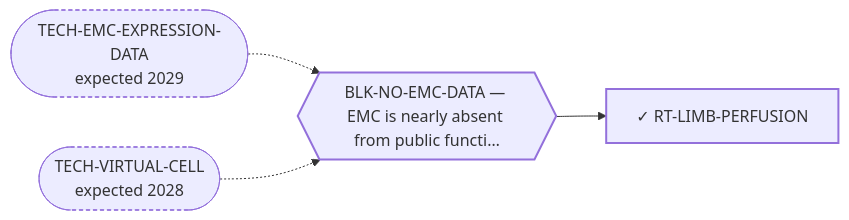
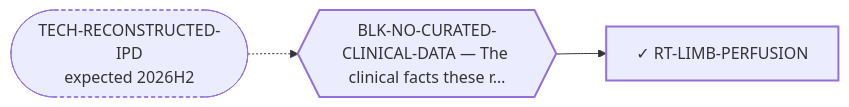
The diagram in systems/views/L2-rt-limb-perfusion.md (trimcrae/Rare-cancers), drawn with Mermaid before and after one commit. The commit also changed other lines of this file and 41 other files, not shown here.

````diff
--- a/systems/views/L2-rt-limb-perfusion.md
+++ b/systems/views/L2-rt-limb-perfusion.md
@@ -27,14 +27,12 @@
 ```mermaid
 flowchart LR
   RT_LIMB_PERFUSION["✓ RT-LIMB-PERFUSION"]:::fam
-  BLK_NO_EMC_DATA{{"BLK-NO-EMC-DATA — EMC is nearly absent from public functi…"}}:::blk
-  BLK_NO_EMC_DATA --> RT_LIMB_PERFUSION
-  TECH_EMC_EXPRESSION_DATA(["TECH-EMC-EXPRESSION-DATA<br/>expected 2029"]):::tech
-  TECH_EMC_EXPRESSION_DATA -.-> BLK_NO_EMC_DATA
-  TECH_VIRTUAL_CELL(["TECH-VIRTUAL-CELL<br/>expected 2028"]):::tech
-  TECH_VIRTUAL_CELL -.-> BLK_NO_EMC_DATA
+  BLK_NO_CURATED_CLINICAL_DATA{{"BLK-NO-CURATED-CLINICAL-DATA — The clinical facts these r…"}}:::blk
+  BLK_NO_CURATED_CLINICAL_DATA --> RT_LIMB_PERFUSION
+  TECH_RECONSTRUCTED_IPD(["TECH-RECONSTRUCTED-IPD<br/>expected 2026H2"]):::tech
+  TECH_RECONSTRUCTED_IPD -.-> BLK_NO_CURATED_CLINICAL_DATA
   classDef fam stroke-width:2px;
   classDef blk stroke-width:2px;
   classDef perm stroke-width:4px;
   classDef tech stroke-width:1px,stroke-dasharray:4 3;
 ```
````
